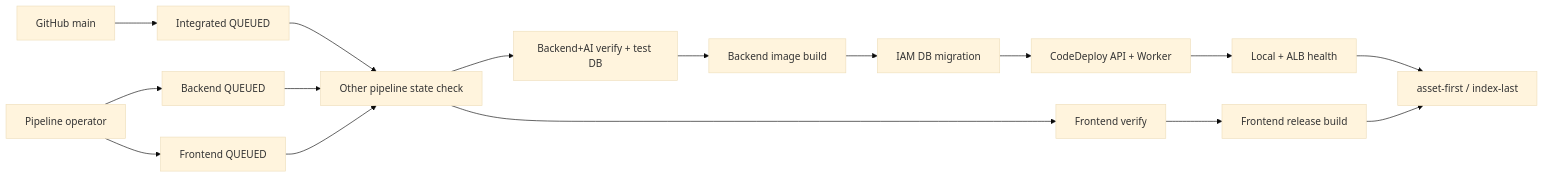
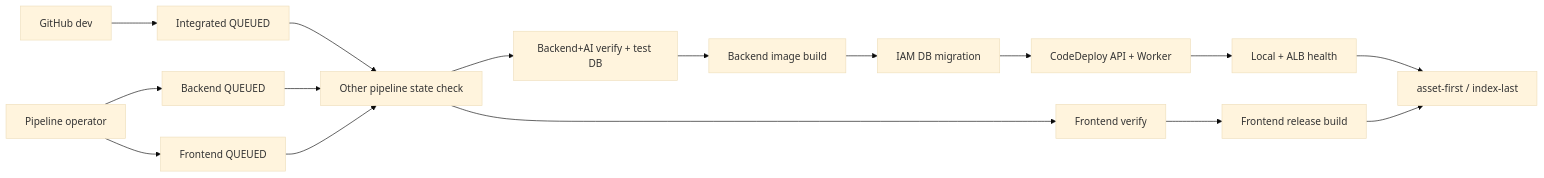
Before and after one commit to SKNETWORKS-FAMILY-AICAMP/SKN30-FINAL-3Team: the diagram in docs/architecture/infra/deployment-and-operations.md, drawn with Mermaid (base theme). The commit also changed other lines of this file and 84 other files, not shown here.

````diff
--- a/docs/architecture/infra/deployment-and-operations.md
+++ b/docs/architecture/infra/deployment-and-operations.md
@@ -25,20 +25,20 @@
 ```mermaid
 flowchart LR
-    main["GitHub main"] --> integrated["Integrated QUEUED"]
+    dev["GitHub dev"] --> integrated["Integrated QUEUED"]
     operator["Pipeline operator"] --> backend["Backend QUEUED"]
     operator --> frontend["Frontend QUEUED"]
 
     integrated --> admission["Other pipeline state check"]
     backend --> admission
     frontend --> admission
 
     admission --> beverify["Backend+AI verify + test DB"]
     admission --> feverify["Frontend verify"]
     beverify --> bebuild["Backend image build"]
     feverify --> febuild["Frontend release build"]
     bebuild --> migrate["IAM DB migration"]
     migrate --> deploy["CodeDeploy API + Worker"]
     deploy --> health["Local + ALB health"]
     health --> static["asset-first / index-last"]
     febuild --> static
 ```
````
